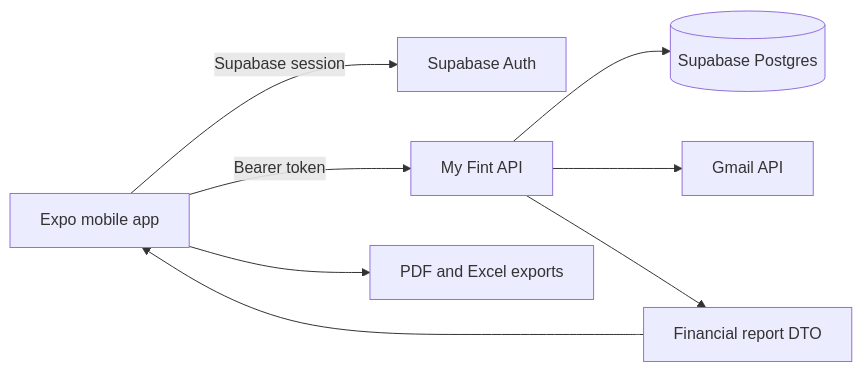
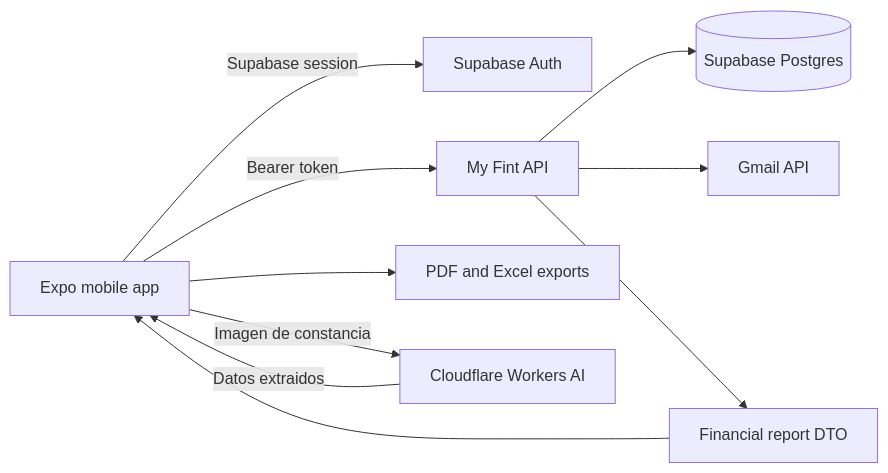
Before and after one commit to maishet/Fint: the diagram in README.md, drawn with Mermaid. The commit also changed other lines of this file, not shown here.

````diff
--- a/README.md
+++ b/README.md
@@ -50,10 +53,12 @@
 ```mermaid
 flowchart LR
     A[Expo mobile app] -->|Supabase session| B[Supabase Auth]
     A -->|Bearer token| C[My Fint API]
     C --> D[(Supabase Postgres)]
     C --> E[Gmail API]
     C --> F[Financial report DTO]
     F --> A
     A --> G[PDF and Excel exports]
+    A -->|Imagen de constancia| H[Cloudflare Workers AI]
+    H -->|Datos extraidos| A
 ```
````
